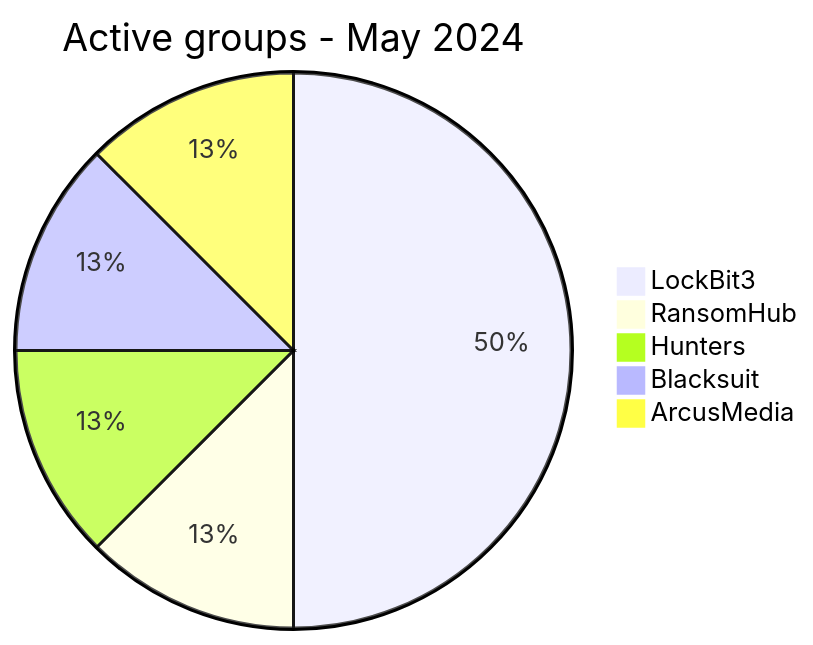
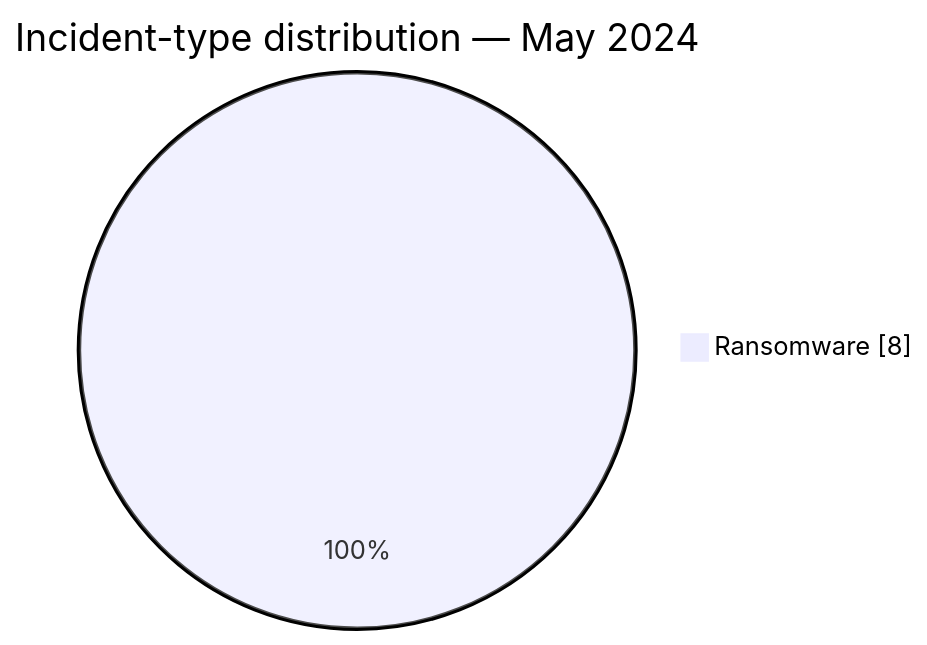
One commit to Hatchepsoute/AFRINTEL changed the second of 2 diagrams in CyberAttackAfrica/2024/05-may/README.md. Above: the diagram before and after it, drawn with Mermaid. The commit also changed other lines of this file and 109 other files, not shown here.

````diff
--- a/CyberAttackAfrica/2024/05-may/README.md
+++ b/CyberAttackAfrica/2024/05-may/README.md
@@ -99,9 +52,5 @@
 ```mermaid
-pie
-    title Active groups - May 2024
-    "LockBit3" : 4
-    "RansomHub" : 1
-    "Hunters" : 1
-    "Blacksuit" : 1
-    "ArcusMedia" : 1
+pie showData
+    title Incident-type distribution — May 2024
+    "Ransomware" : 8
 ```
````
